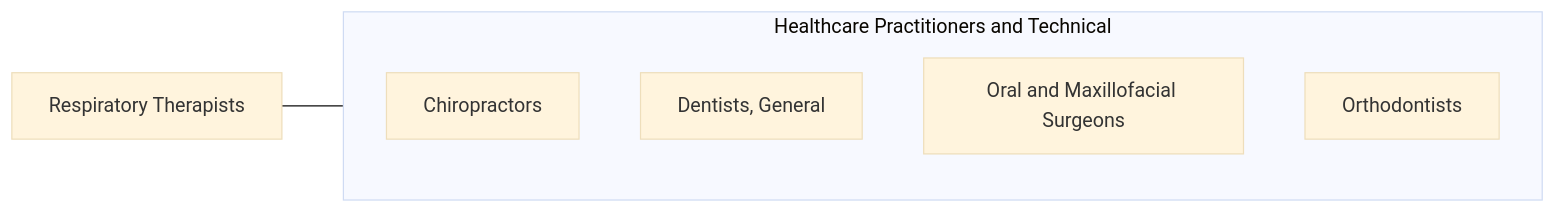
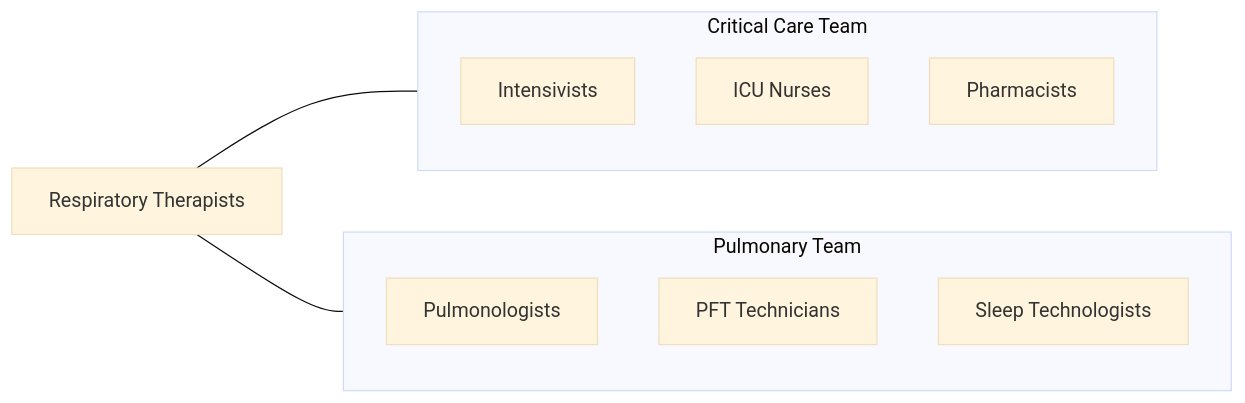
Before and after one commit to kziemski/business.org.ai: the fourth of 4 diagrams in occupations/HealthcarePractitioners/RespiratoryTherapists.mdx, drawn with Mermaid (base theme). The commit also changed other lines of this file and 938 other files, not shown here.

````diff
--- a/occupations/HealthcarePractitioners/RespiratoryTherapists.mdx
+++ b/occupations/HealthcarePractitioners/RespiratoryTherapists.mdx
@@ -115,13 +212,19 @@
 ```mermaid
 graph LR
     Current["Respiratory Therapists"]
 
-    subgraph SameCategory["Healthcare Practitioners and Technical"]
-        Chiropractors["Chiropractors"]
-        DentistsGeneral["Dentists, General"]
-        OralAndMaxillofacial["Oral and Maxillofacial Surgeons"]
-        Orthodontists["Orthodontists"]
+    subgraph CriticalCare["Critical Care Team"]
+        Intensivists["Intensivists"]
+        ICUNurses["ICU Nurses"]
+        Pharmacists["Pharmacists"]
     end
 
-    Current --- SameCategory
+    subgraph Pulmonary["Pulmonary Team"]
+        Pulmonologists["Pulmonologists"]
+        PFTTech["PFT Technicians"]
+        SleepTech["Sleep Technologists"]
+    end
+
+    Current --- CriticalCare
+    Current --- Pulmonary
 ```
````
